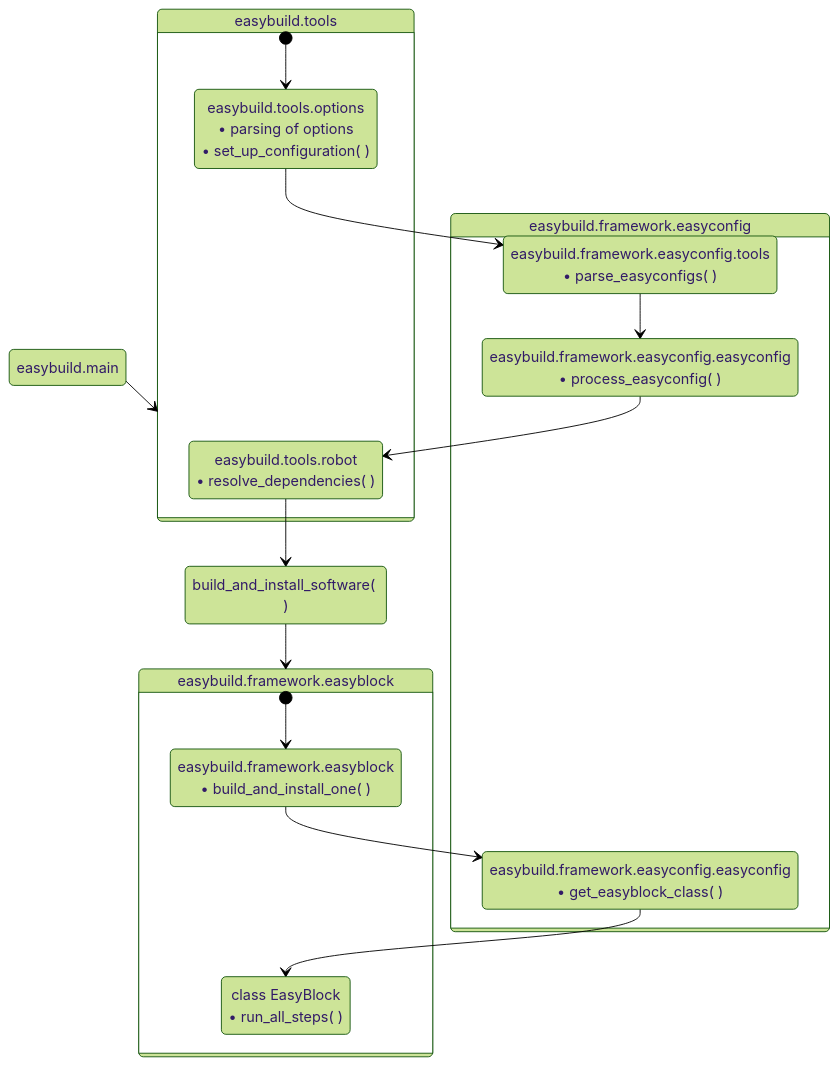
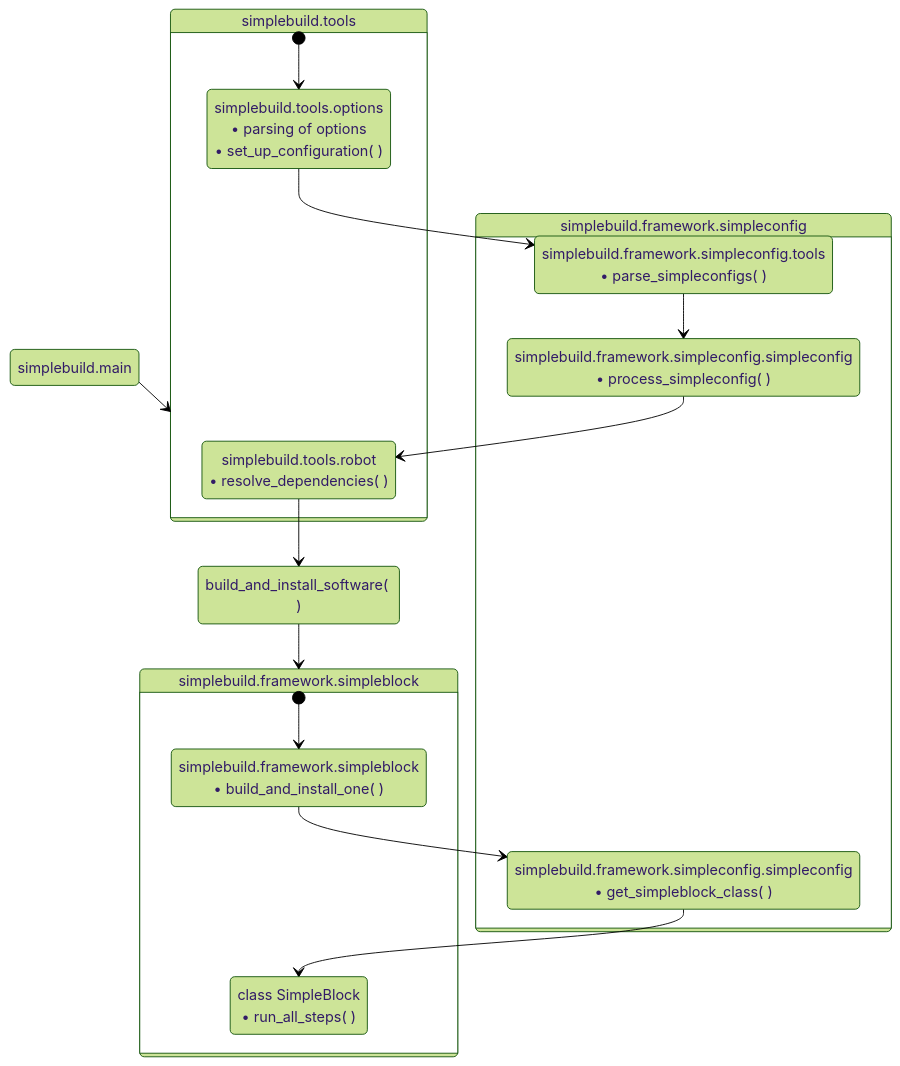
The first of 3 diagrams in docs/framework-overview.md (easybuilders/easybuild-docs), drawn with Mermaid (forest theme) before and after one commit. The commit also changed other lines of this file and 106 other files, not shown here.

````diff
--- a/docs/framework-overview.md
+++ b/docs/framework-overview.md
@@ -29,47 +29,47 @@
 ```mermaid
 stateDiagram-v2
-    easybuild.main --> tools
+    simplebuild.main --> tools
     robot --> build_install
-    build_install --> easyblock
+    build_install --> simpleblock
     
-    state "easybuild.tools" as tools{
+    state "simplebuild.tools" as tools{
         [*] --> options
         options --> parse_ec
         process_ec --> robot
         
-        state "easybuild.tools.options
+        state "simplebuild.tools.options
         • parsing of options
         • set_up_configuration( )" as options
         
-        state "easybuild.tools.robot
+        state "simplebuild.tools.robot
         • resolve_dependencies( )" as robot
     }
 
     state "build_and_install_software( )" as build_install
     
-    state "easybuild.framework.easyblock" as easyblock{
+    state "simplebuild.framework.simpleblock" as simpleblock{
         [*] --> build_install_one
-        build_install_one --> get_easyblock
-        get_easyblock --> easyblock_class
+        build_install_one --> get_simpleblock
+        get_simpleblock --> simpleblock_class
 
-        state "easybuild.framework.easyblock
+        state "simplebuild.framework.simpleblock
         • build_and_install_one( )" as build_install_one
         
-        state "class EasyBlock
-        • run_all_steps( )" as easyblock_class
+        state "class SimpleBlock
+        • run_all_steps( )" as simpleblock_class
     }
 
-    state "easybuild.framework.easyconfig" as easyconfig{
+    state "simplebuild.framework.simpleconfig" as simpleconfig{
         parse_ec --> process_ec
 
-        state "easybuild.framework.easyconfig.tools
-        • parse_easyconfigs( )" as parse_ec
+        state "simplebuild.framework.simpleconfig.tools
+        • parse_simpleconfigs( )" as parse_ec
 
-        state "easybuild.framework.easyconfig.easyconfig
-        • process_easyconfig( )" as process_ec
+        state "simplebuild.framework.simpleconfig.simpleconfig
+        • process_simpleconfig( )" as process_ec
 
-        state "easybuild.framework.easyconfig.easyconfig
-        • get_easyblock_class( )" as get_easyblock
+        state "simplebuild.framework.simpleconfig.simpleconfig
+        • get_simpleblock_class( )" as get_simpleblock
     }
     
 ```
````
